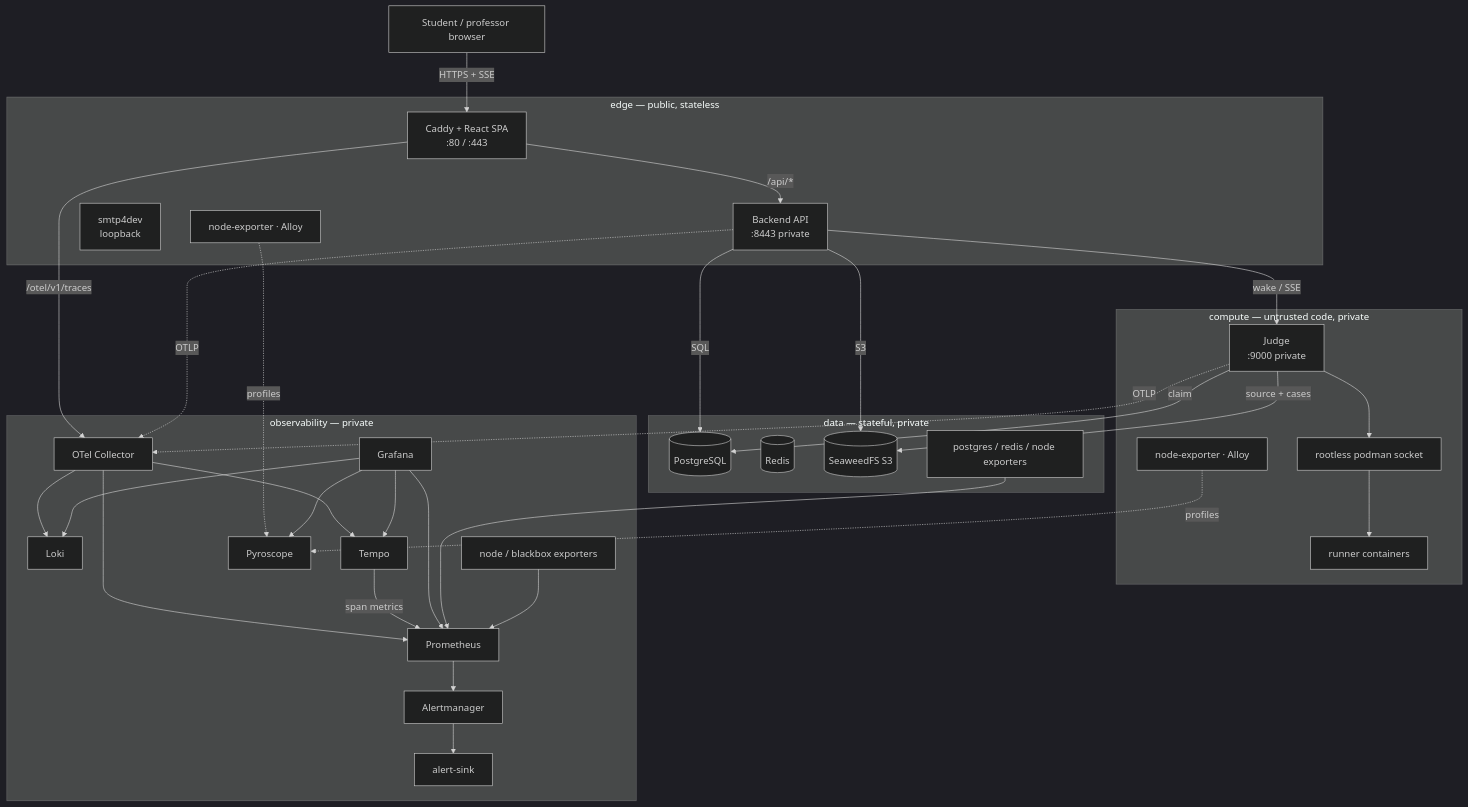
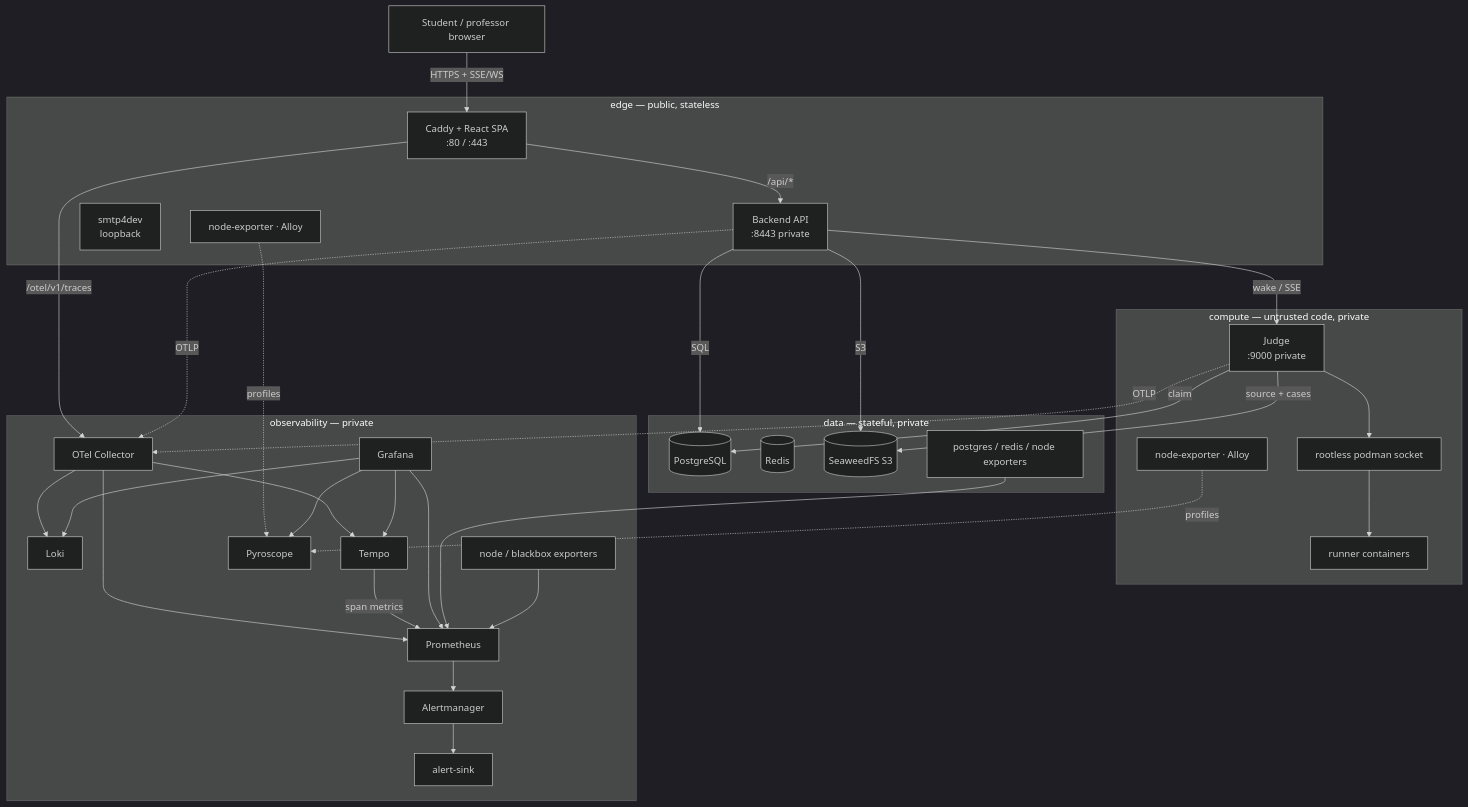
The diagram in docs-site/docs/deployment/index.md (reisaraujo-miguel/runcodes), drawn with Mermaid (dark theme) before and after one commit. The commit also changed 8 other files, not shown here.

````diff
--- a/docs-site/docs/deployment/index.md
+++ b/docs-site/docs/deployment/index.md
@@ -34,66 +34,66 @@
 ```mermaid
 flowchart TB
     User["Student / professor browser"]
 
     subgraph Edge["edge — public, stateless"]
         Caddy["Caddy + React SPA<br/>:80 / :443"]
         Backend["Backend API<br/>:8443 private"]
         SMTP["smtp4dev<br/>loopback"]
         EdgeAgents["node-exporter · Alloy"]
     end
 
     subgraph Data["data — stateful, private"]
         PG[("PostgreSQL")]
         Redis[("Redis")]
         Seaweed[("SeaweedFS S3")]
         DataExporters["postgres / redis / node exporters"]
     end
 
     subgraph Compute["compute — untrusted code, private"]
         Judge["Judge<br/>:9000 private"]
         Podman["rootless podman socket"]
         Runners["runner containers"]
         ComputeAgents["node-exporter · Alloy"]
     end
 
     subgraph Obs["observability — private"]
         Collector["OTel Collector"]
         Prom["Prometheus"]
         Loki["Loki"]
         Tempo["Tempo"]
         Pyro["Pyroscope"]
         Grafana["Grafana"]
         AM["Alertmanager"]
         Sink["alert-sink"]
         ObsExporters["node / blackbox exporters"]
     end
 
-    User -->|"HTTPS + SSE"| Caddy
+    User -->|"HTTPS + SSE/WS"| Caddy
     Caddy -->|"/api/*"| Backend
     Caddy -->|"/otel/v1/traces"| Collector
     Backend -->|SQL| PG
     Backend -->|S3| Seaweed
     Backend -->|wake / SSE| Judge
     Judge -->|claim| PG
     Judge -->|source + cases| Seaweed
     Judge --> Podman
     Podman --> Runners
 
     Backend -.->|OTLP| Collector
     Judge -.->|OTLP| Collector
     EdgeAgents -.->|profiles| Pyro
     ComputeAgents -.->|profiles| Pyro
 
     Collector --> Tempo
     Collector --> Loki
     Collector --> Prom
     Tempo -->|span metrics| Prom
     Prom --> AM
     AM --> Sink
     Grafana --> Prom
     Grafana --> Loki
     Grafana --> Tempo
     Grafana --> Pyro
     DataExporters --> Prom
     ObsExporters --> Prom
 ```
````
